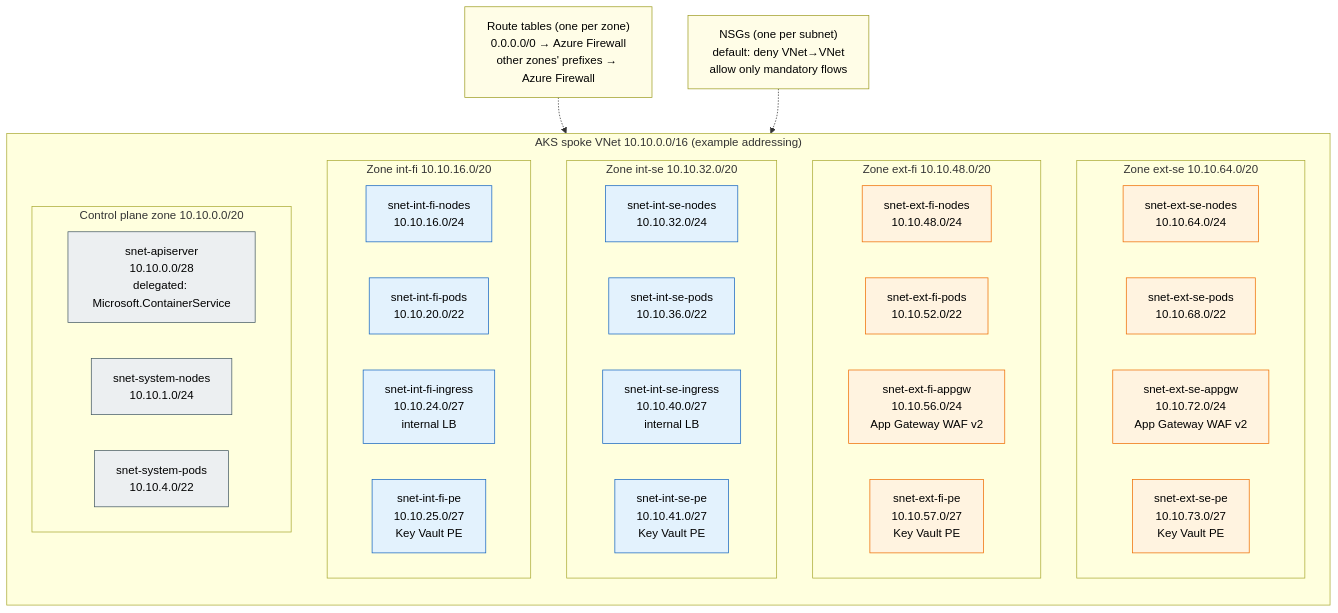
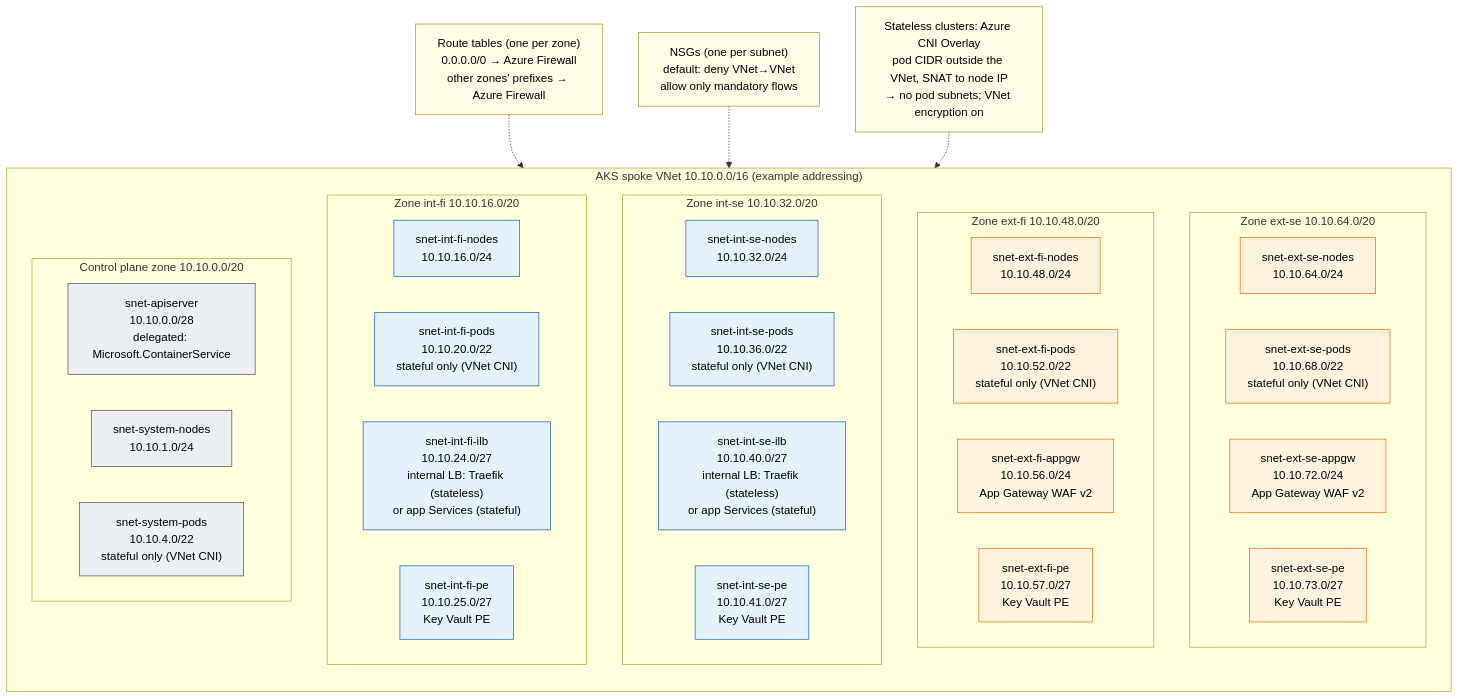
One commit to olljanat-ai/aks-design changed the diagram in diagrams/02-network-subnets.mmd. Above: the diagram before and after it, drawn with Mermaid. The commit also changed 12 other files, not shown here.

First line of the commit message:
Clarify policy engine, stateful placement, CNI and TLS per cluster type

```diff
--- a/diagrams/02-network-subnets.mmd
+++ b/diagrams/02-network-subnets.mmd
@@ -1,53 +1,56 @@
 %% Subnet layout of the AKS spoke VNet. Every subnet has its own NSG and UDR.
+%% Pod subnets exist only in the stateful cluster (VNet CNI); stateless clusters use Azure CNI Overlay.
 flowchart TB
     subgraph VNET["AKS spoke VNet 10.10.0.0/16 (example addressing)"]
         direction TB
         subgraph ESE["Zone ext-se 10.10.64.0/20"]
             direction LR
             ese_n["snet-ext-se-nodes<br/>10.10.64.0/24"]
-            ese_p["snet-ext-se-pods<br/>10.10.68.0/22"]
+            ese_p["snet-ext-se-pods<br/>10.10.68.0/22<br/>stateful only (VNet CNI)"]
             ese_i["snet-ext-se-appgw<br/>10.10.72.0/24<br/>App Gateway WAF v2"]
             ese_pe["snet-ext-se-pe<br/>10.10.73.0/27<br/>Key Vault PE"]
         end
         subgraph EFI["Zone ext-fi 10.10.48.0/20"]
             direction LR
             efi_n["snet-ext-fi-nodes<br/>10.10.48.0/24"]
-            efi_p["snet-ext-fi-pods<br/>10.10.52.0/22"]
+            efi_p["snet-ext-fi-pods<br/>10.10.52.0/22<br/>stateful only (VNet CNI)"]
             efi_i["snet-ext-fi-appgw<br/>10.10.56.0/24<br/>App Gateway WAF v2"]
             efi_pe["snet-ext-fi-pe<br/>10.10.57.0/27<br/>Key Vault PE"]
         end
         subgraph ISE["Zone int-se 10.10.32.0/20"]
             direction LR
             ise_n["snet-int-se-nodes<br/>10.10.32.0/24"]
-            ise_p["snet-int-se-pods<br/>10.10.36.0/22"]
-            ise_i["snet-int-se-ingress<br/>10.10.40.0/27<br/>internal LB"]
+            ise_p["snet-int-se-pods<br/>10.10.36.0/22<br/>stateful only (VNet CNI)"]
+            ise_i["snet-int-se-ilb<br/>10.10.40.0/27<br/>internal LB: Traefik (stateless)<br/>or app Services (stateful)"]
             ise_pe["snet-int-se-pe<br/>10.10.41.0/27<br/>Key Vault PE"]
         end
         subgraph IFI["Zone int-fi 10.10.16.0/20"]
             direction LR
             ifi_n["snet-int-fi-nodes<br/>10.10.16.0/24"]
-            ifi_p["snet-int-fi-pods<br/>10.10.20.0/22"]
-            ifi_i["snet-int-fi-ingress<br/>10.10.24.0/27<br/>internal LB"]
+            ifi_p["snet-int-fi-pods<br/>10.10.20.0/22<br/>stateful only (VNet CNI)"]
+            ifi_i["snet-int-fi-ilb<br/>10.10.24.0/27<br/>internal LB: Traefik (stateless)<br/>or app Services (stateful)"]
             ifi_pe["snet-int-fi-pe<br/>10.10.25.0/27<br/>Key Vault PE"]
         end
         subgraph CP["Control plane zone 10.10.0.0/20"]
             direction LR
             s_api["snet-apiserver<br/>10.10.0.0/28<br/>delegated: Microsoft.ContainerService"]
             s_sysn["snet-system-nodes<br/>10.10.1.0/24"]
-            s_sysp["snet-system-pods<br/>10.10.4.0/22"]
+            s_sysp["snet-system-pods<br/>10.10.4.0/22<br/>stateful only (VNet CNI)"]
         end
     end
 
     rt["Route tables (one per zone)<br/>0.0.0.0/0 → Azure Firewall<br/>other zones' prefixes → Azure Firewall"]
     nsg["NSGs (one per subnet)<br/>default: deny VNet→VNet<br/>allow only mandatory flows"]
+    cni["Stateless clusters: Azure CNI Overlay<br/>pod CIDR outside the VNet, SNAT to node IP<br/>→ no pod subnets; VNet encryption on"]
     rt -.-> VNET
     nsg -.-> VNET
+    cni -.-> VNET
 
     classDef cp fill:#eceff1,stroke:#455a64,color:#000
     classDef int fill:#e3f2fd,stroke:#1565c0,color:#000
     classDef ext fill:#fff3e0,stroke:#ef6c00,color:#000
     classDef note fill:#fffde7,stroke:#9e9d24,color:#000
     class s_api,s_sysn,s_sysp cp
     class ifi_n,ifi_p,ifi_i,ifi_pe,ise_n,ise_p,ise_i,ise_pe int
     class efi_n,efi_p,efi_i,efi_pe,ese_n,ese_p,ese_i,ese_pe ext
-    class rt,nsg note
+    class rt,nsg,cni note
```
